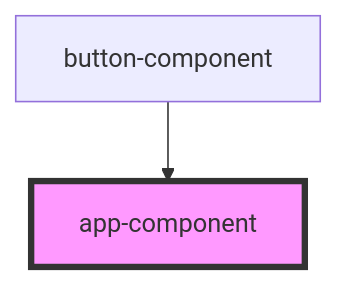
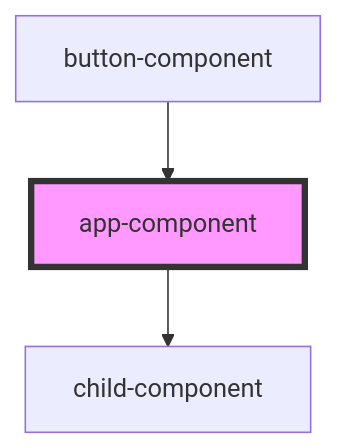
Before and after one commit to Mishurin/stencil-pkg: the diagram in src/components/app-component/readme.md, drawn with Mermaid. The commit also changed other lines of this file and 43 other files, not shown here.

````diff
--- a/src/components/app-component/readme.md
+++ b/src/components/app-component/readme.md
@@ -15,5 +19,6 @@
 ```mermaid
 graph TD;
+  app-component --> child-component
   button-component --> app-component
   style app-component fill:#f9f,stroke:#333,stroke-width:4px
 ```
````
